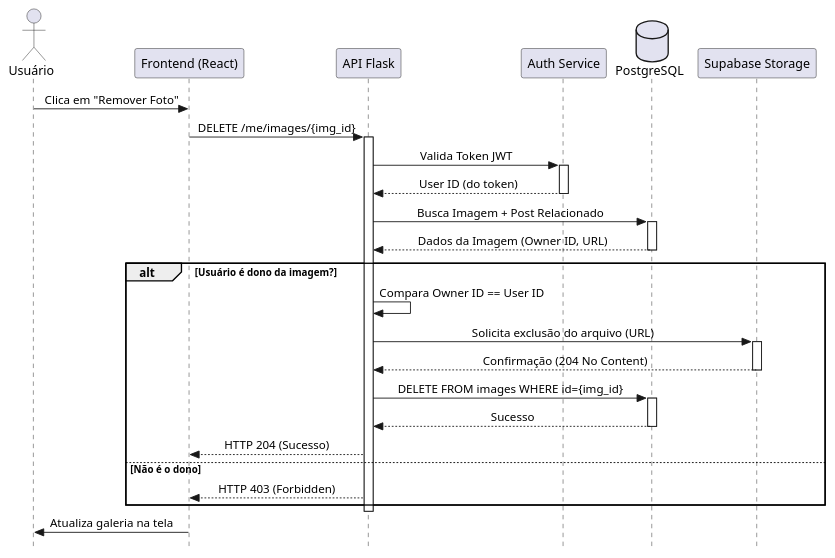
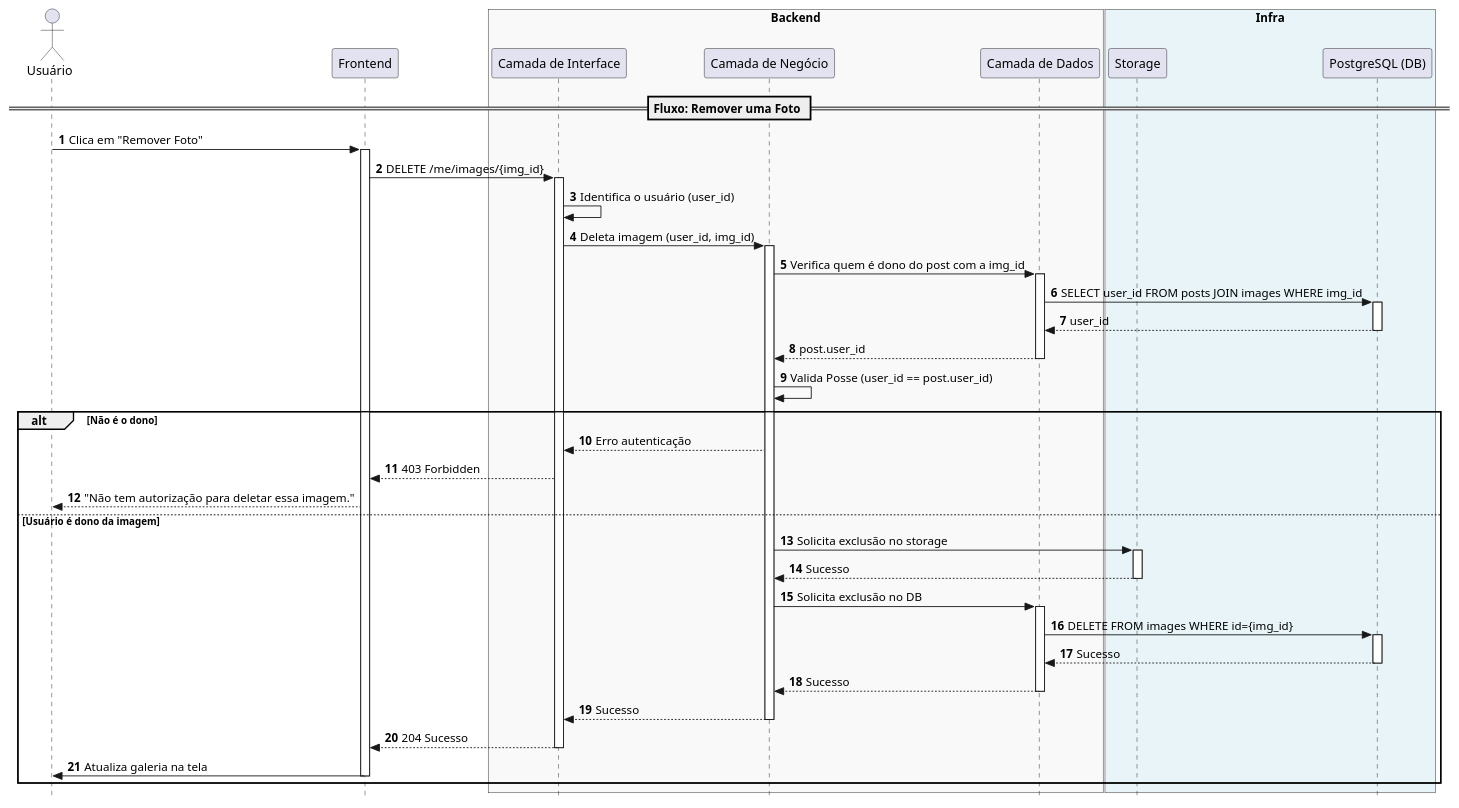
The diagram in docs/sequence_diagrams/user_image_deletion.puml (karlsen16/OndeTa), drawn with PlantUML before and after one commit. The commit also changed 14 other files, not shown here.

```diff
--- a/docs/sequence_diagrams/user_image_deletion.puml
+++ b/docs/sequence_diagrams/user_image_deletion.puml
@@ -1,46 +1,65 @@
 @startuml
+autonumber
 skinparam style strictuml
-skinparam sequenceMessageAlign center
 
 actor "Usuário" as User
-participant "Frontend (React)" as FE
-participant "API Flask" as API
-participant "Auth Service" as Auth
-database "PostgreSQL" as DB
-participant "Supabase Storage" as Cloud
+participant "Frontend" as UI
 
-User -> FE : Clica em "Remover Foto"
-FE -> API : DELETE /me/images/{img_id}
-activate API
+box "Backend" #f9f9f9
+    participant "Camada de Interface" as CI
+    participant "Camada de Negócio" as CN
+    participant "Camada de Dados" as CD
+end box
 
-API -> Auth : Valida Token JWT
-activate Auth
-Auth --> API : User ID (do token)
-deactivate Auth
+box "Infra" #e8f4f8
+    participant "Storage" as Cloud
+    participant "PostgreSQL (DB)" as DB
+end box
 
-API -> DB : Busca Imagem + Post Relacionado
+== Fluxo: Remover uma Foto ==
+
+User -> UI : Clica em "Remover Foto"
+activate UI
+UI -> CI : DELETE /me/images/{img_id}
+activate CI
+CI -> CI : Identifica o usuário (user_id)
+CI -> CN : Deleta imagem (user_id, img_id)
+activate CN
+CN -> CD : Verifica quem é dono do post com a img_id
+activate CD
+CD -> DB : SELECT user_id FROM posts JOIN images WHERE img_id
 activate DB
-DB --> API : Dados da Imagem (Owner ID, URL)
+DB --> CD : user_id
 deactivate DB
+CD --> CN : post.user_id
+deactivate CD
+CN -> CN : Valida Posse (user_id == post.user_id)
 
-alt Usuário é dono da imagem?
-    API -> API : Compara Owner ID == User ID
-
-    API -> Cloud : Solicita exclusão do arquivo (URL)
+alt Não é o dono
+    CN --> CI : Erro autenticação
+    CI --> UI : 403 Forbidden
+    UI --> User : "Não tem autorização para deletar essa imagem."
+else Usuário é dono da imagem
+    CN -> Cloud : Solicita exclusão no storage
     activate Cloud
-    Cloud --> API : Confirmação (204 No Content)
+    Cloud --> CN : Sucesso
     deactivate Cloud
-
-    API -> DB : DELETE FROM images WHERE id={img_id}
+    CN -> CD : Solicita exclusão no DB
+    activate CD
+    CD -> DB : DELETE FROM images WHERE id={img_id}
     activate DB
-    DB --> API : Sucesso
+    DB --> CD : Sucesso
     deactivate DB
-
-    API --> FE : HTTP 204 (Sucesso)
-else Não é o dono
-    API --> FE : HTTP 403 (Forbidden)
+    CD --> CN : Sucesso
+    deactivate CD
+    CN --> CI:  Sucesso
+    deactivate CN
+    CI --> UI : 204 Sucesso
+    deactivate CI
+    UI -> User : Atualiza galeria na tela
+    deactivate UI
 end
 
-deactivate API
-FE -> User : Atualiza galeria na tela
+
+
 @enduml
```
